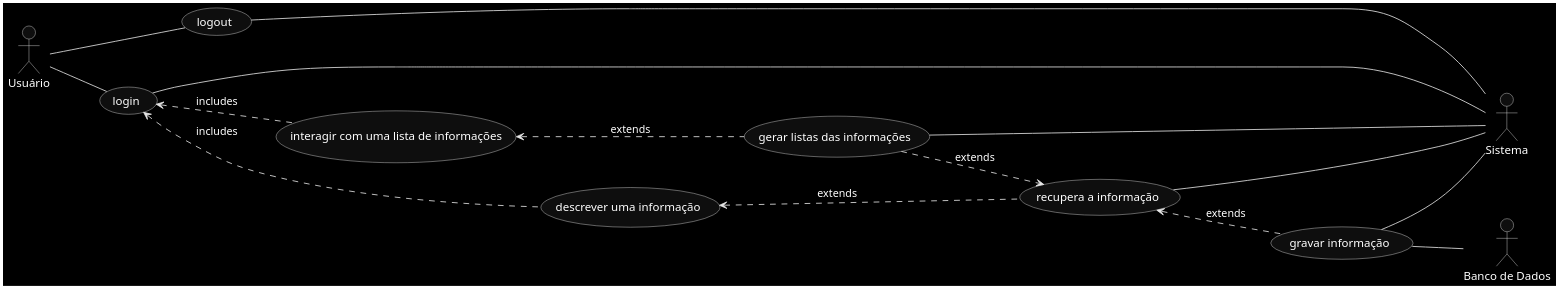
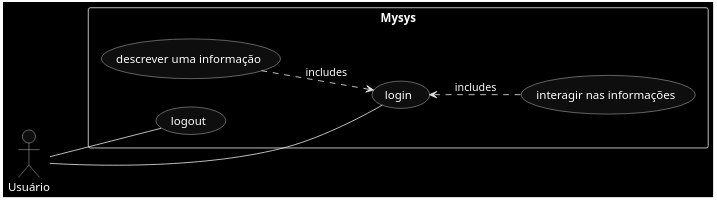
Before and after one commit to BrunoCesarAngst/pds: the diagram in documentação/casoDeUso.plantuml, drawn with PlantUML. The commit also changed 1 other file, not shown here.

```diff
--- a/documentação/casoDeUso.plantuml
+++ b/documentação/casoDeUso.plantuml
@@ -1,26 +1,29 @@
 @startuml
 skinparam monochrome reverse
 
 left to right direction
 actor "Usuário" as u
-actor "Sistema" as s
-actor "Banco de Dados" as b
-' rectangle Mysys {
-  u -- (logout)
+' actor "Sistema" as s
+' actor "Banco de Dados" as b
+rectangle Mysys {
 
   u -- (login)
-  (login) <.. (descrever uma informação): includes
-  (descrever uma informação) <.. (recupera a informação): extends
-  (recupera a informação) <.. (gravar informação): extends
-  (gerar listas das informações) ..> (recupera a informação): extends
-  (login) <.. (interagir com uma lista de informações): includes
-  (interagir com uma lista de informações) <.. (gerar listas das informações): extends
-  (recupera a informação) -- s
-  (gravar informação) -- s
-  (gravar informação) -- b
-  (gerar listas das informações) -- s
-  (login) -- s
-  (logout) -- s
-' }
+
+  (login) <.u. (descrever uma informação): includes
+  ' (descrever uma informação) <.. (recupera a informação): extends
+  ' (recupera a informação) <.. (gravar informação): extends
+  ' (recupera a informação) -- s
+  ' (gerar listas das informações) ..> (recupera a informação): extends
+  ' (gravar informação) -- s
+  ' (gravar informação) -- b
+  (login) <.. (interagir nas informações): includes
+  ' (interagir nas informações) <.. (gerar listas das informações): extends
+  ' (gerar listas das informações) -- s
+
+  ' (login) -- s
+  ' (logout) -- s
+
+  u -- (logout)
+}
 
 @enduml
```
